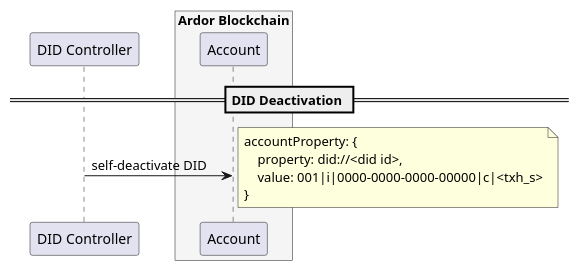
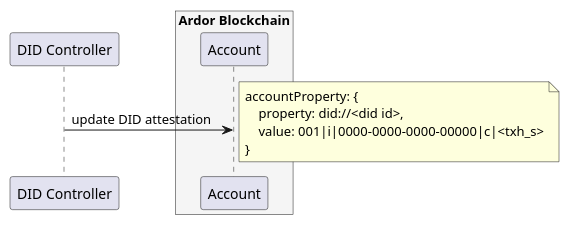
The diagram in docs/plantuml/src/did-deactivate.puml (blobaa/bba-did-method-specification), drawn with PlantUML before and after one commit. The commit also changed 10 other files, not shown here.

```diff
--- a/docs/plantuml/src/did-deactivate.puml
+++ b/docs/plantuml/src/did-deactivate.puml
@@ -1,23 +1,21 @@
 @startuml
 skinparam BoxPadding 15
 skinparam ParticipantPadding 15
 
 
 participant "DID Controller" as DCR
 box "Ardor Blockchain" #WhiteSmoke
     participant "Account" as ATTE
 end box
 
 
-== DID Deactivation ==
-
-DCR -> ATTE: self-deactivate DID
+DCR -> ATTE: update DID attestation
 note right
     accountProperty: {
         property: did://<did id>,
         value: 001|i|0000-0000-0000-00000|c|<txh_s>
     }
 end note
 
 
 @enduml
```
